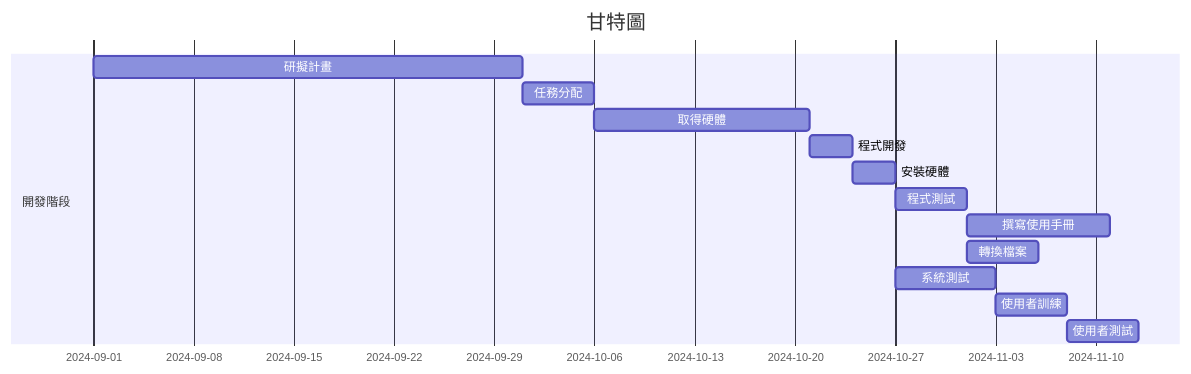
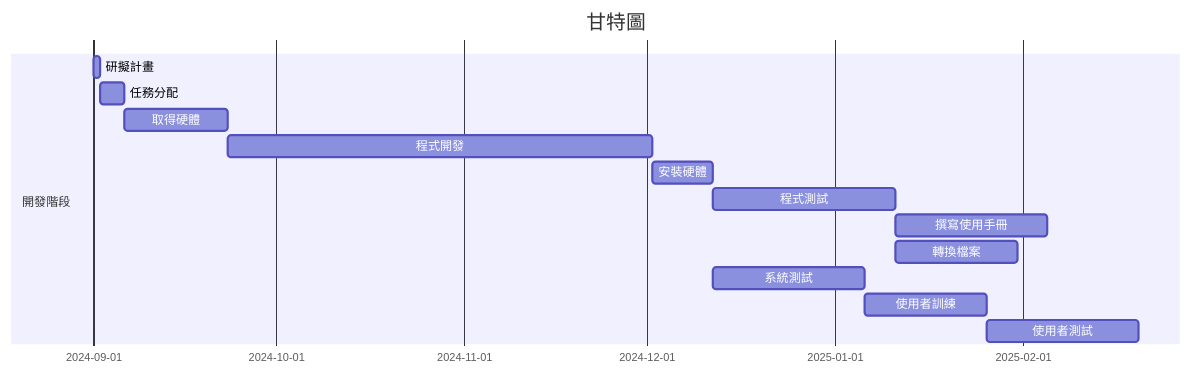
The first of 2 diagrams in README.md (gino2066/-), drawn with Mermaid before and after one commit.

````diff
--- a/README.md
+++ b/README.md
@@ -15,19 +15,19 @@
 ```mermaid
 gantt
     title 甘特圖
     dateFormat  YYYY-MM-DD
     section 開發階段
-    研擬計畫      :a1, 2024-09-01, 30d
-    任務分配          :a2, after a1, 5d
-    取得硬體          :a3, after a2, 15d
-    程式開發          :a4, after a3, 3d  
-    安裝硬體          :a5, after a4, 3d  
-    程式測試          :a6, after a5, 5d
-    撰寫使用手冊      :a7, after a6, 10d
-    轉換檔案          :a8, after a6, 5d
-    系統測試          :a9, after a5, 7d
-    使用者訓練        :a10, after a9, 5d
-    使用者測試        :a11, after a10, 5d
+    研擬計畫      :a1, 2024-09-01, 1d
+    任務分配          :a2, after a1, 4d
+    取得硬體          :a3, after a2, 17d
+    程式開發          :a4, after a3, 70d  
+    安裝硬體          :a5, after a4, 10d  
+    程式測試          :a6, after a5, 30d
+    撰寫使用手冊      :a7, after a6, 25d
+    轉換檔案          :a8, after a6, 20d
+    系統測試          :a9, after a5, 25d
+    使用者訓練        :a10, after a9, 20d
+    使用者測試        :a11, after a10, 25d
 
 
 ```
````
